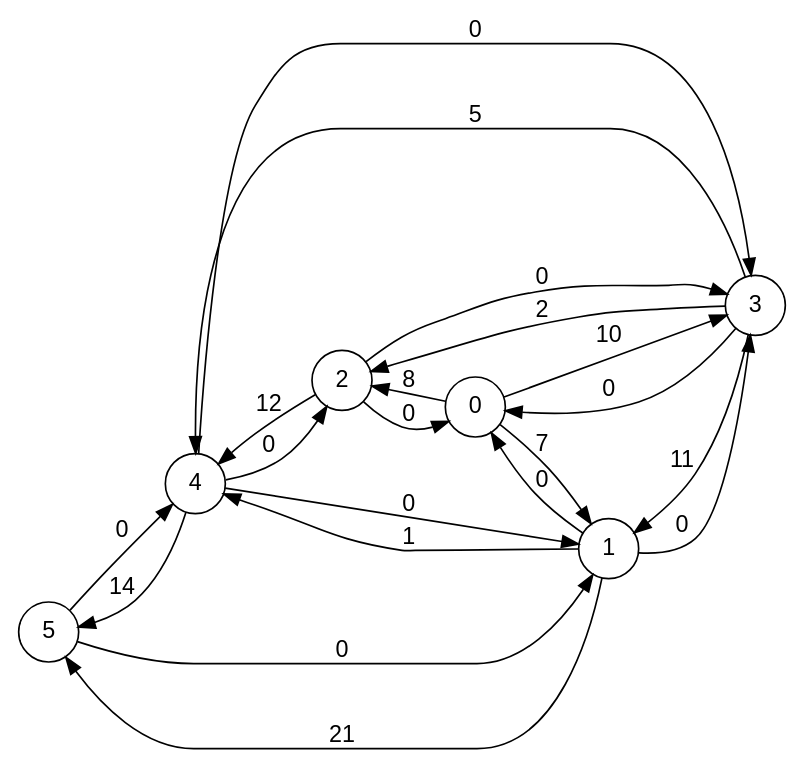
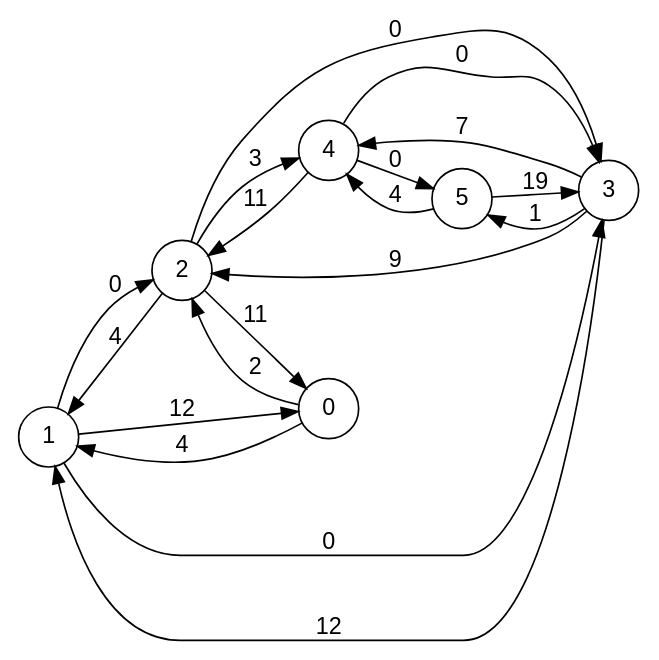
One commit to skferrei31/ocaml-maxflow-project-lavergne-ferreira changed the diagram in my_graph.dot. Above: the diagram before and after it, drawn with Graphviz. The commit also changed 2 other files, not shown here.

```diff
--- a/my_graph.dot
+++ b/my_graph.dot
@@ -1,32 +1,30 @@
  digraph finite_state_machine {
 
       fontname="Helvetica,Arial,sans-serif"
 
       node [fontname= "Helvetica,Arial,sans-serif"]
 
       edge [fontname="Helvetica,Arial,sans-serif"]
 
       rankdir=LR;
 
       node [shape = circle]; 
-5->4[label = "0"];
-5->1[label = "0"];
-4->5[label = "14"];
-4->1[label = "0"];
+1->2[label = "0"];
+1->0[label = "12"];
+1->3[label = "0"];
+4->5[label = "0"];
+4->2[label = "11"];
 4->3[label = "0"];
-4->2[label = "0"];
-1->5[label = "21"];
-1->4[label = "1"];
-1->3[label = "0"];
-1->0[label = "0"];
-3->1[label = "11"];
-3->2[label = "2"];
-3->4[label = "5"];
-3->0[label = "0"];
-0->1[label = "7"];
-0->3[label = "10"];
-0->2[label = "8"];
+0->1[label = "4"];
+0->2[label = "2"];
+2->1[label = "4"];
+2->4[label = "3"];
+2->0[label = "11"];
 2->3[label = "0"];
-2->4[label = "12"];
-2->0[label = "0"];
+5->4[label = "4"];
+5->3[label = "19"];
+3->1[label = "12"];
+3->4[label = "7"];
+3->2[label = "9"];
+3->5[label = "1"];
 }
```
